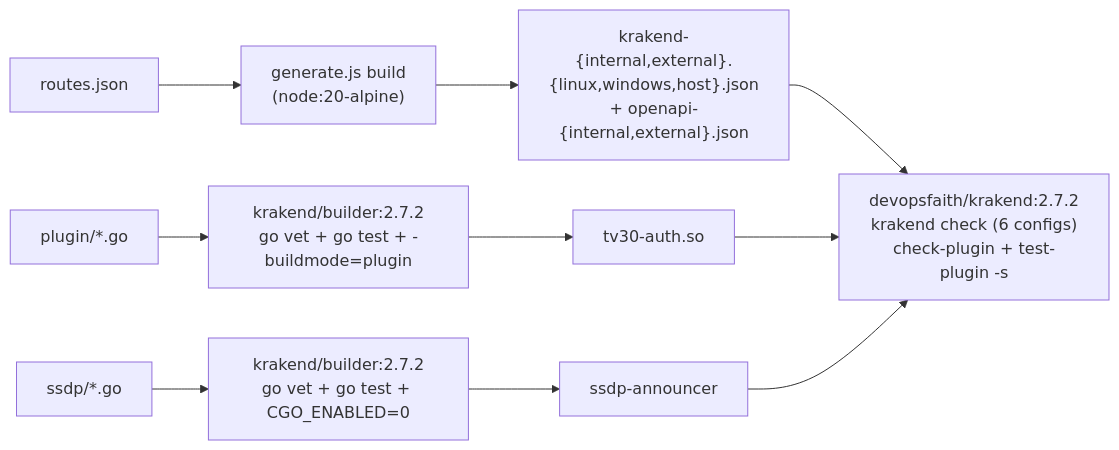
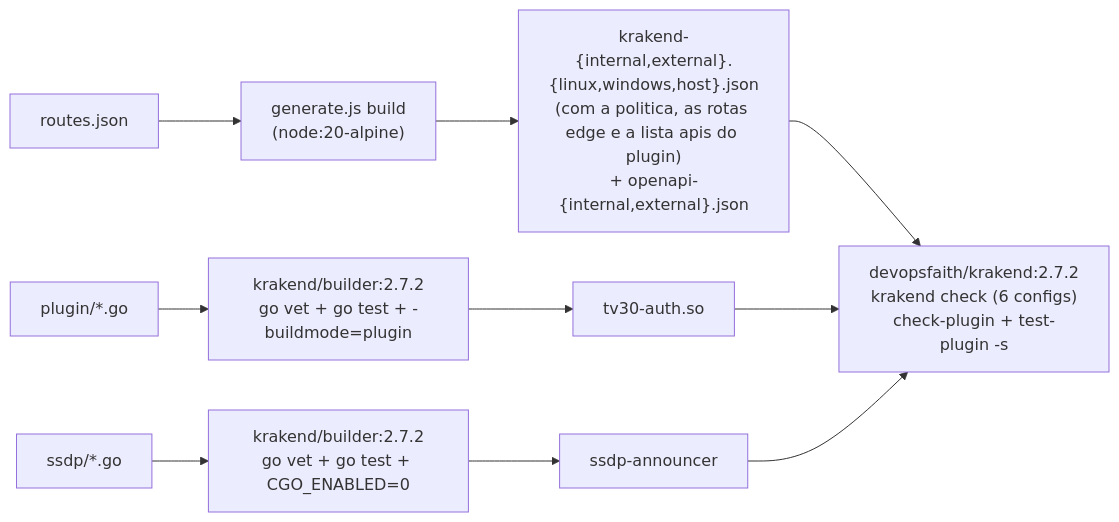
One commit to multisens/Infra changed the second of 2 diagrams in docs/04-pipeline-http.md. Above: the diagram before and after it, drawn with Mermaid. The commit also changed other lines of this file and 26 other files, not shown here.

````diff
--- a/docs/04-pipeline-http.md
+++ b/docs/04-pipeline-http.md
@@ -48,12 +54,12 @@
 ```mermaid
 flowchart LR
     RJ["routes.json"] --> GEN["generate.js build<br/>(node:20-alpine)"]
-    GEN --> CFG["krakend-{internal,external}.{linux,windows,host}.json<br/>+ openapi-{internal,external}.json"]
+    GEN --> CFG["krakend-{internal,external}.{linux,windows,host}.json<br/>(com a politica, as rotas edge e a lista apis do plugin)<br/>+ openapi-{internal,external}.json"]
     SRC["plugin/*.go"] --> B["krakend/builder:2.7.2<br/>go vet + go test + -buildmode=plugin"]
     B --> SO["tv30-auth.so"]
     SSRC["ssdp/*.go"] --> SB["krakend/builder:2.7.2<br/>go vet + go test + CGO_ENABLED=0"]
     SB --> SBIN["ssdp-announcer"]
     CFG --> IMG["devopsfaith/krakend:2.7.2<br/>krakend check (6 configs)<br/>check-plugin + test-plugin -s"]
     SO --> IMG
     SBIN --> IMG
 ```
````
